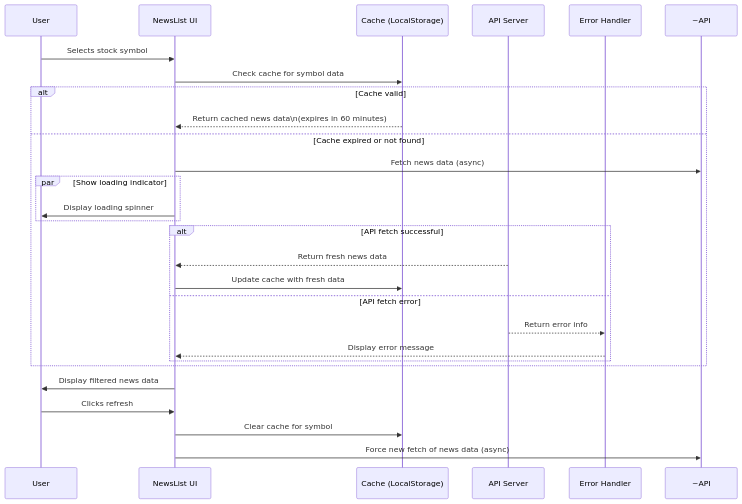
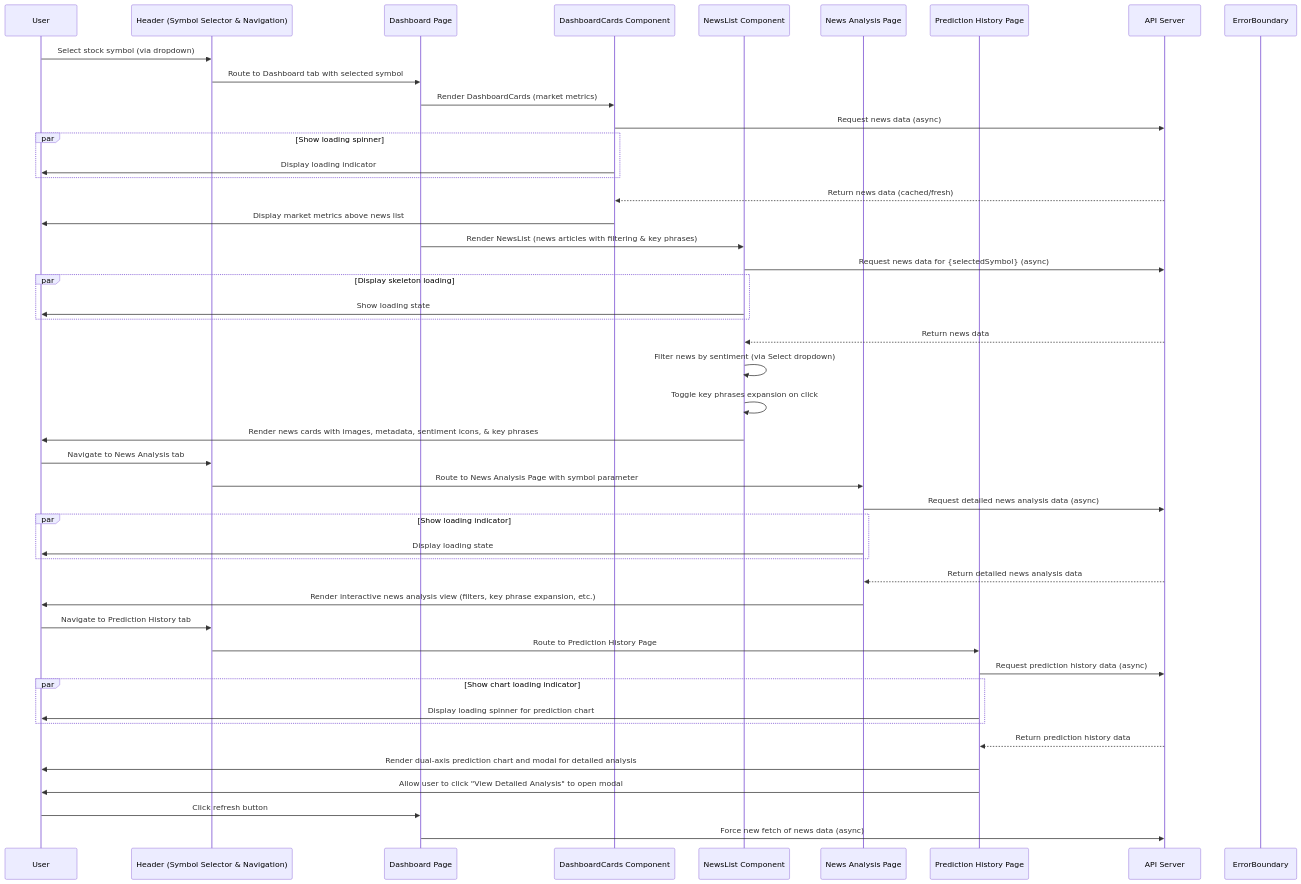
One commit to AnyegaAlex/Sentiment-Driven-Stock-Price-Prediction-Using-News-Headlines changed the first of 4 diagrams in README.md. Above: the diagram before and after it, drawn with Mermaid. The commit also changed other lines of this file, not shown here.

````diff
--- a/README.md
+++ b/README.md
@@ -37,35 +47,57 @@
 ```mermaid
-%% Legend:
-%% - Dashed arrows (-->~) indicate asynchronous calls.
-%% - alt branches show alternative paths (e.g., errors).
-%% - par blocks indicate parallel processes (e.g., showing a loading indicator).
-
 sequenceDiagram
     participant U as User
-    participant UI as NewsList UI
-    participant C as Cache (LocalStorage)
+    participant H as Header (Symbol Selector & Navigation)
+    participant D as Dashboard Page
+    participant DC as DashboardCards Component
+    participant NL as NewsList Component
+    participant NA as News Analysis Page
+    participant PH as Prediction History Page
     participant API as API Server
-    participant EH as Error Handler
+    participant EB as ErrorBoundary
 
-    U->>UI: Selects stock symbol
-    UI->>C: Check cache for symbol data
-    alt Cache valid
-        C-->>UI: Return cached news data\n(expires in 60 minutes)
-    else Cache expired or not found
-        UI->>~API: Fetch news data (async)
-        par Show loading indicator
-            UI->>U: Display loading spinner
-        end
-        alt API fetch successful
-            API-->>UI: Return fresh news data
-            UI->>C: Update cache with fresh data
-        else API fetch error
-            API-->>EH: Return error info
-            EH-->>UI: Display error message
-        end
+    %% --- Dashboard Tab Flow ---
+    U->>H: Select stock symbol (via dropdown)
+    H->>D: Route to Dashboard tab with selected symbol
+    D->>DC: Render DashboardCards (market metrics)
+    DC->>API: Request news data (async)
+    par Show loading spinner
+       DC->>U: Display loading indicator
     end
-    UI->>U: Display filtered news data
-    U->>UI: Clicks refresh
-    UI->>C: Clear cache for symbol
-    UI->>~API: Force new fetch of news data (async)
+    API-->>DC: Return news data (cached/fresh)
+    DC->>U: Display market metrics above news list
+    D->>NL: Render NewsList (news articles with filtering & key phrases)
+    NL->>API: Request news data for {selectedSymbol} (async)
+    par Display skeleton loading
+       NL->>U: Show loading state
+    end
+    API-->>NL: Return news data
+    NL->>NL: Filter news by sentiment (via Select dropdown)
+    NL->>NL: Toggle key phrases expansion on click
+    NL->>U: Render news cards with images, metadata, sentiment icons, & key phrases
+
+    %% --- News Analysis Page Flow ---
+    U->>H: Navigate to News Analysis tab
+    H->>NA: Route to News Analysis Page with symbol parameter
+    NA->>API: Request detailed news analysis data (async)
+    par Show loading indicator
+       NA->>U: Display loading state
+    end
+    API-->>NA: Return detailed news analysis data
+    NA->>U: Render interactive news analysis view (filters, key phrase expansion, etc.)
+
+    %% --- Prediction History Page Flow ---
+    U->>H: Navigate to Prediction History tab
+    H->>PH: Route to Prediction History Page
+    PH->>API: Request prediction history data (async)
+    par Show chart loading indicator
+       PH->>U: Display loading spinner for prediction chart
+    end
+    API-->>PH: Return prediction history data
+    PH->>U: Render dual-axis prediction chart and modal for detailed analysis
+    PH->>U: Allow user to click "View Detailed Analysis" to open modal
+
+    %% --- Refresh Flow (applies to all tabs) ---
+    U->>D: Click refresh button
+    D->>API: Force new fetch of news data (async)
 ```
````
